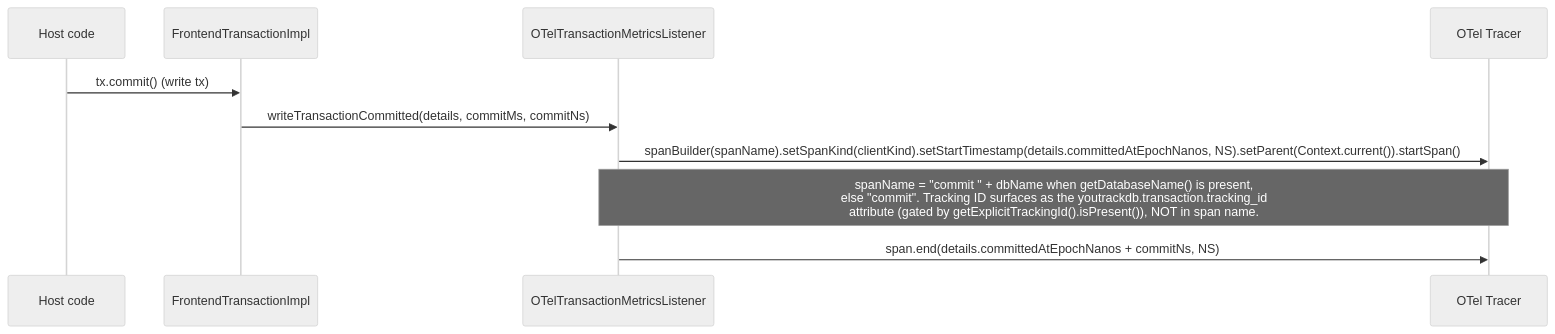
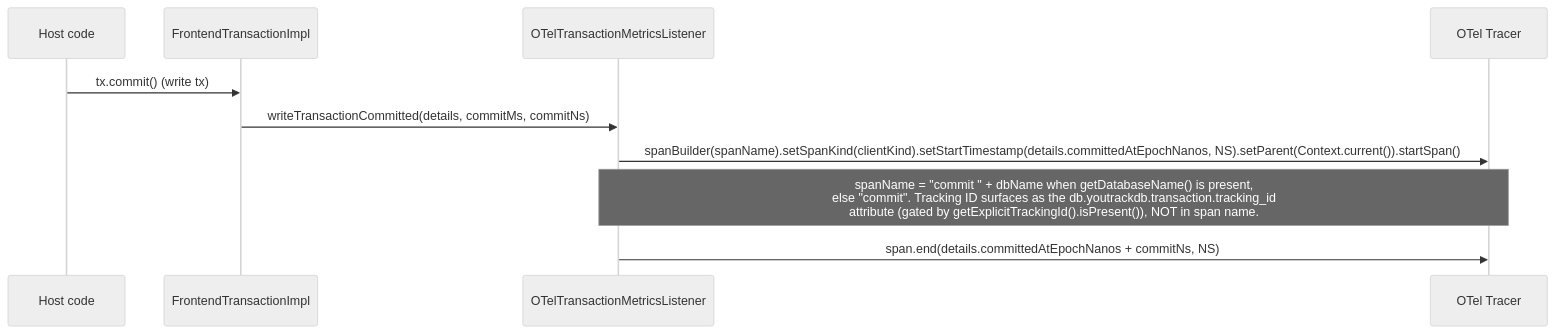
Before and after one commit to JetBrains/youtrackdb: the third of 4 diagrams in docs/adr/ytdb-496-opentelemetry-support/_workflow/design.md, drawn with Mermaid (neutral theme). The commit also changed other lines of this file and 5 other files, not shown here.

Commit message:
M61 ytdb-496: span attrs unified under db.youtrackdb.* per OTel sem-conv vendor-prefix

````diff
--- a/docs/adr/ytdb-496-opentelemetry-support/_workflow/design.md
+++ b/docs/adr/ytdb-496-opentelemetry-support/_workflow/design.md
@@ -345,13 +345,13 @@
 ```mermaid
 sequenceDiagram
     participant Host as Host code
     participant TX as FrontendTransactionImpl
     participant OTL as OTelTransactionMetricsListener
     participant TR as OTel Tracer
 
     Host->>TX: tx.commit() (write tx)
     TX->>OTL: writeTransactionCommitted(details, commitMs, commitNs)
     OTL->>TR: spanBuilder(spanName).setSpanKind(clientKind).setStartTimestamp(details.committedAtEpochNanos, NS).setParent(Context.current()).startSpan()
-    Note over OTL,TR: spanName = "commit " + dbName when getDatabaseName() is present,<br/>else "commit". Tracking ID surfaces as the youtrackdb.transaction.tracking_id<br/>attribute (gated by getExplicitTrackingId().isPresent()), NOT in span name.
+    Note over OTL,TR: spanName = "commit " + dbName when getDatabaseName() is present,<br/>else "commit". Tracking ID surfaces as the db.youtrackdb.transaction.tracking_id<br/>attribute (gated by getExplicitTrackingId().isPresent()), NOT in span name.
     OTL->>TR: span.end(details.committedAtEpochNanos + commitNs, NS)
 ```
````
